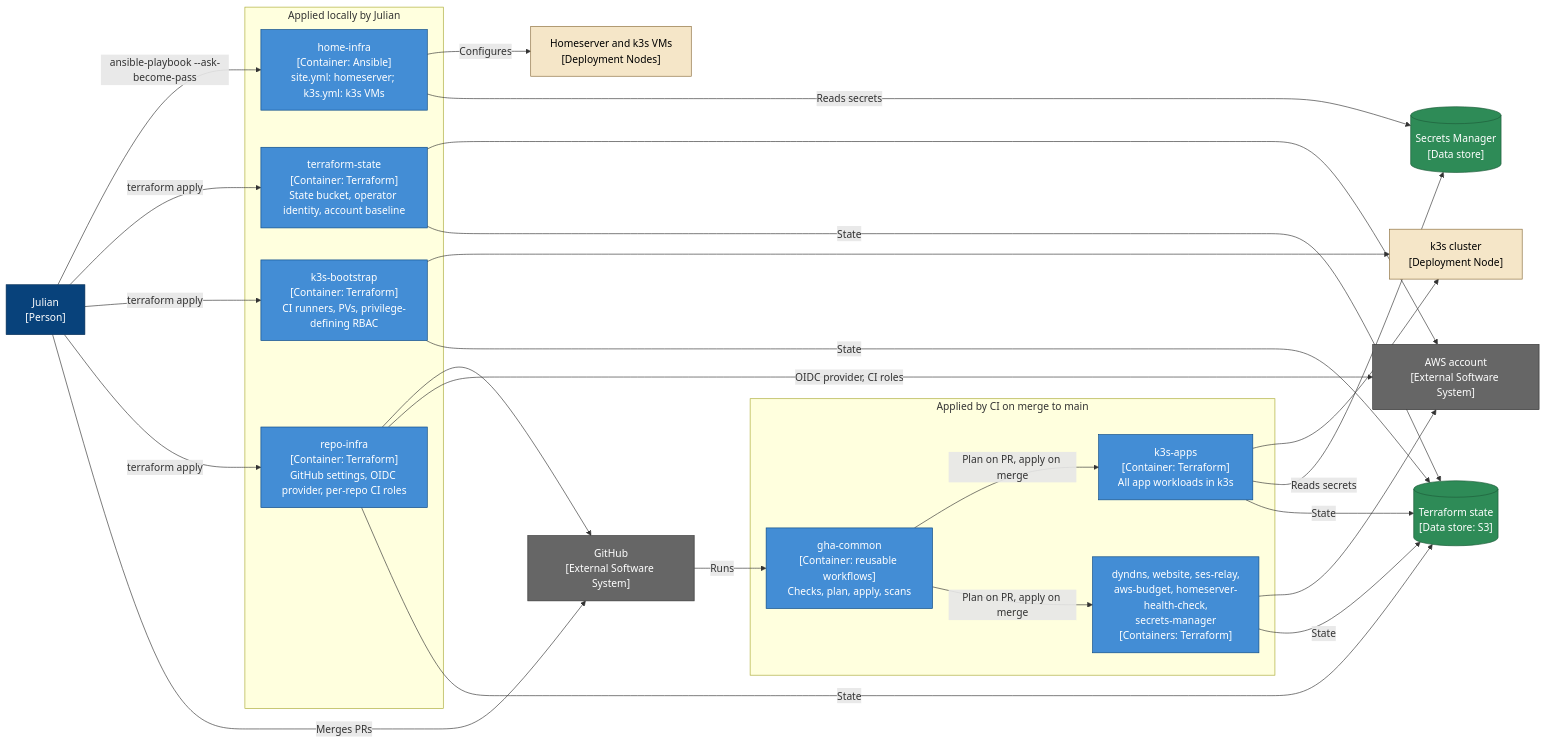
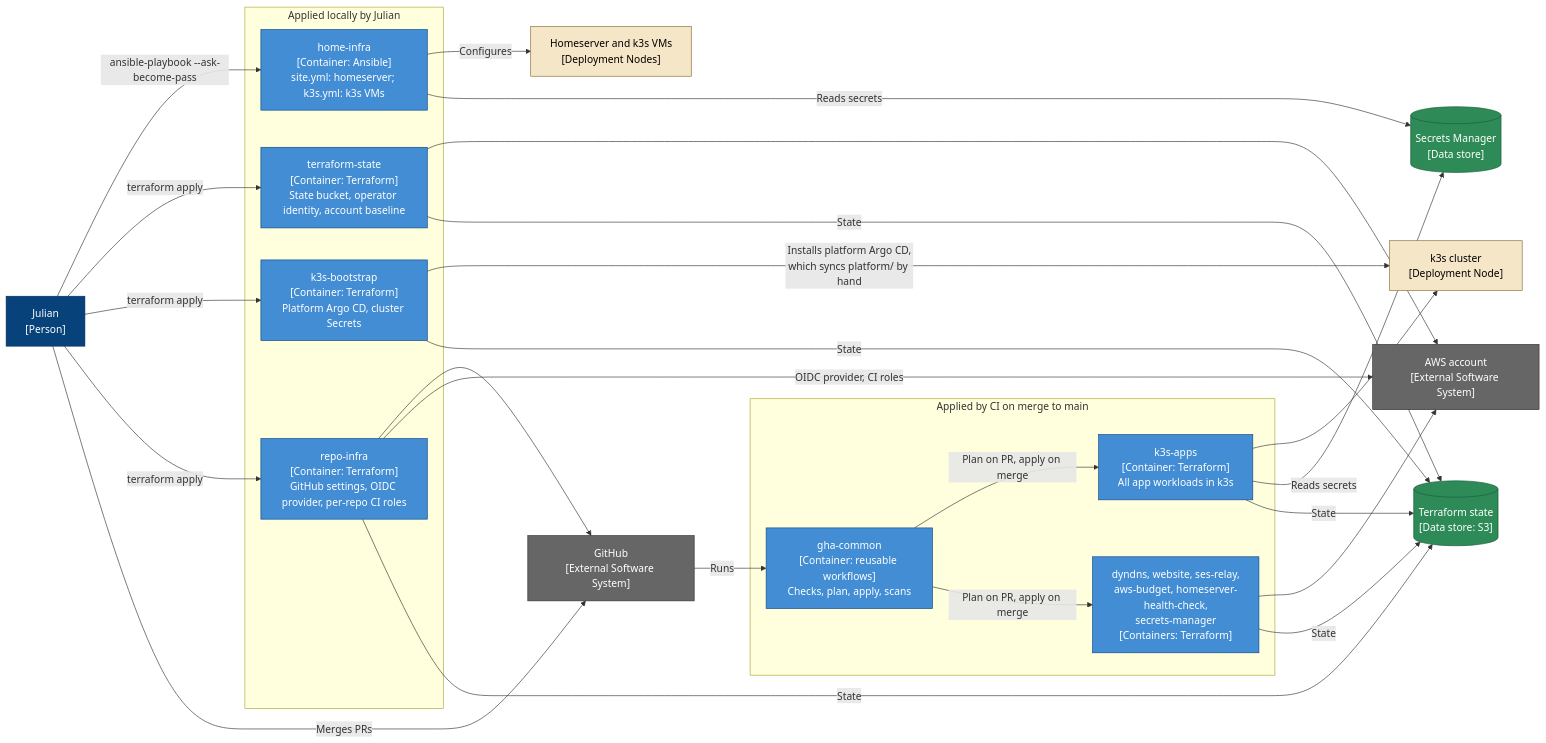
The diagram in docs/architecture/current/component-home-infra.md (KandlerLi/home-infra-docs), drawn with Mermaid before and after one commit. The commit also changed 7 other files, not shown here.

First line of the commit message:
ADR 0037: all stages live, docs follow the platform Argo CD (#96)

````diff
--- a/docs/architecture/current/component-home-infra.md
+++ b/docs/architecture/current/component-home-infra.md
@@ -8,51 +8,51 @@
 ```mermaid
 flowchart LR
     julian["Julian<br/>[Person]"]
 
     subgraph local["Applied locally by Julian"]
         ansible["home-infra<br/>[Container: Ansible]<br/>site.yml: homeserver; k3s.yml: k3s VMs"]
         tfstate["terraform-state<br/>[Container: Terraform]<br/>State bucket, operator identity, account baseline"]
-        k3sboot["k3s-bootstrap<br/>[Container: Terraform]<br/>CI runners, PVs, privilege-defining RBAC"]
+        k3sboot["k3s-bootstrap<br/>[Container: Terraform]<br/>Platform Argo CD, cluster Secrets"]
         repoinfra["repo-infra<br/>[Container: Terraform]<br/>GitHub settings, OIDC provider, per-repo CI roles"]
     end
 
     subgraph ci["Applied by CI on merge to main"]
         k3sapps["k3s-apps<br/>[Container: Terraform]<br/>All app workloads in k3s"]
         awsrepos["dyndns, website, ses-relay,<br/>aws-budget, homeserver-health-check,<br/>secrets-manager<br/>[Containers: Terraform]"]
         gha["gha-common<br/>[Container: reusable workflows]<br/>Checks, plan, apply, scans"]
     end
 
     homeserver["Homeserver and k3s VMs<br/>[Deployment Nodes]"]
     cluster["k3s cluster<br/>[Deployment Node]"]
     awsn["AWS account<br/>[External Software System]"]
     githubn["GitHub<br/>[External Software System]"]
     state[("Terraform state<br/>[Data store: S3]")]
     secrets[("Secrets Manager<br/>[Data store]")]
 
     julian -->|"ansible-playbook --ask-become-pass"| ansible
     julian -->|"terraform apply"| tfstate & k3sboot & repoinfra
     julian -->|"Merges PRs"| githubn
     githubn -->|"Runs"| gha
     gha -->|"Plan on PR, apply on merge"| k3sapps & awsrepos
     ansible -->|"Configures"| homeserver
     ansible -->|"Reads secrets"| secrets
-    k3sboot --> cluster
+    k3sboot -->|"Installs platform Argo CD,<br/>which syncs platform/ by hand"| cluster
     k3sapps --> cluster
     k3sapps -->|"Reads secrets"| secrets
     repoinfra --> githubn
     repoinfra -->|"OIDC provider, CI roles"| awsn
     awsrepos --> awsn
     tfstate --> awsn
     tfstate & k3sboot & repoinfra & k3sapps & awsrepos -->|"State"| state
 
     classDef person fill:#08427b,color:#fff,stroke:#052e56
     classDef external fill:#666,color:#fff,stroke:#333
     classDef container fill:#438dd5,color:#fff,stroke:#0b4884
     classDef datastore fill:#2e8b57,color:#fff,stroke:#1d5c3a
     classDef node fill:#f5e6c8,color:#000,stroke:#8a6d3b
     class julian person
     class awsn,githubn external
     class ansible,tfstate,k3sboot,repoinfra,k3sapps,awsrepos,gha container
     class state,secrets datastore
     class homeserver,cluster node
 ```
````
